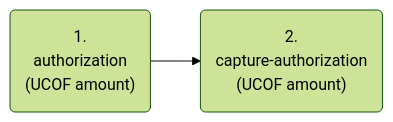
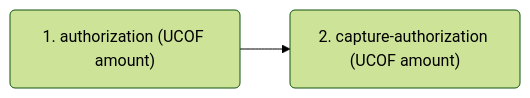
Before and after one commit to wirecard/merchant-documentation-gateway: diagram 15 of 17 in 11-01-09-three-d-secure-two-payment-flows.adoc, drawn with Mermaid (forest theme). The commit also changed other lines of this file and 1 other file, not shown here.

Commit message:
Update diagrams

```diff
--- a/11-01-09-three-d-secure-two-payment-flows.adoc
+++ b/11-01-09-three-d-secure-two-payment-flows.adoc
@@ -2678,5 +2678,5 @@
 [mermaid,API_CC_3DS2_PaymentFlows_MITUCOF_Subsequent_NoAuth_TwoStepMIT,svg,width=60]
 ----
 graph LR
-A("<center>1.<br>authorization<br>(UCOF amount)</center>")-->B("<center>2.<br>capture-authorization<br>(UCOF amount)</center>")
+A("1. authorization (UCOF amount)")-->B("2. capture-authorization (UCOF amount)")
 ----
```
